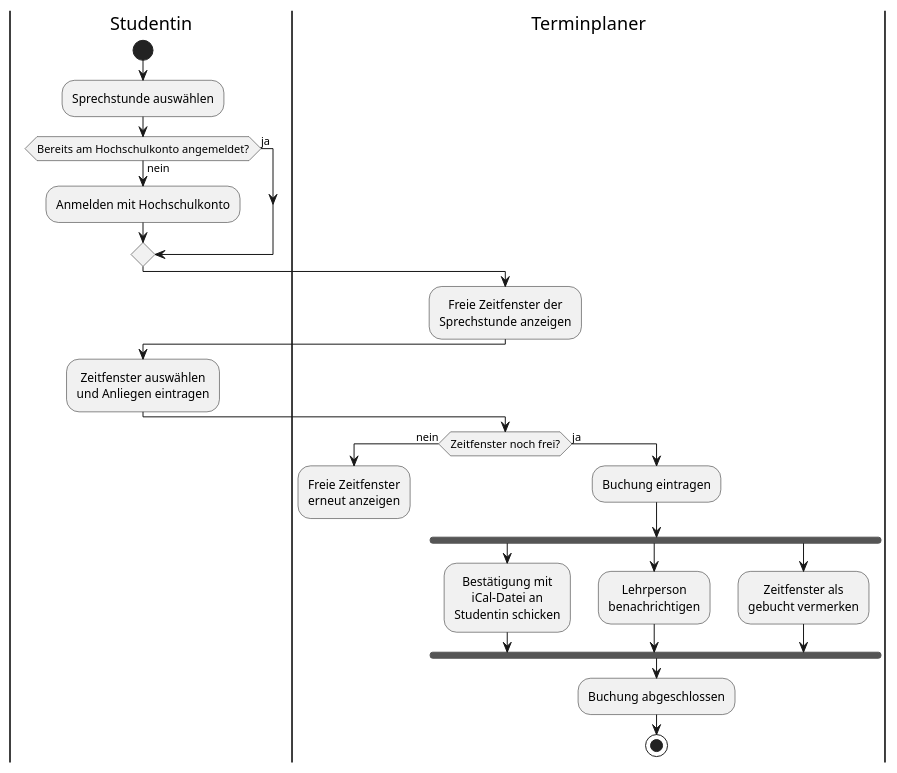
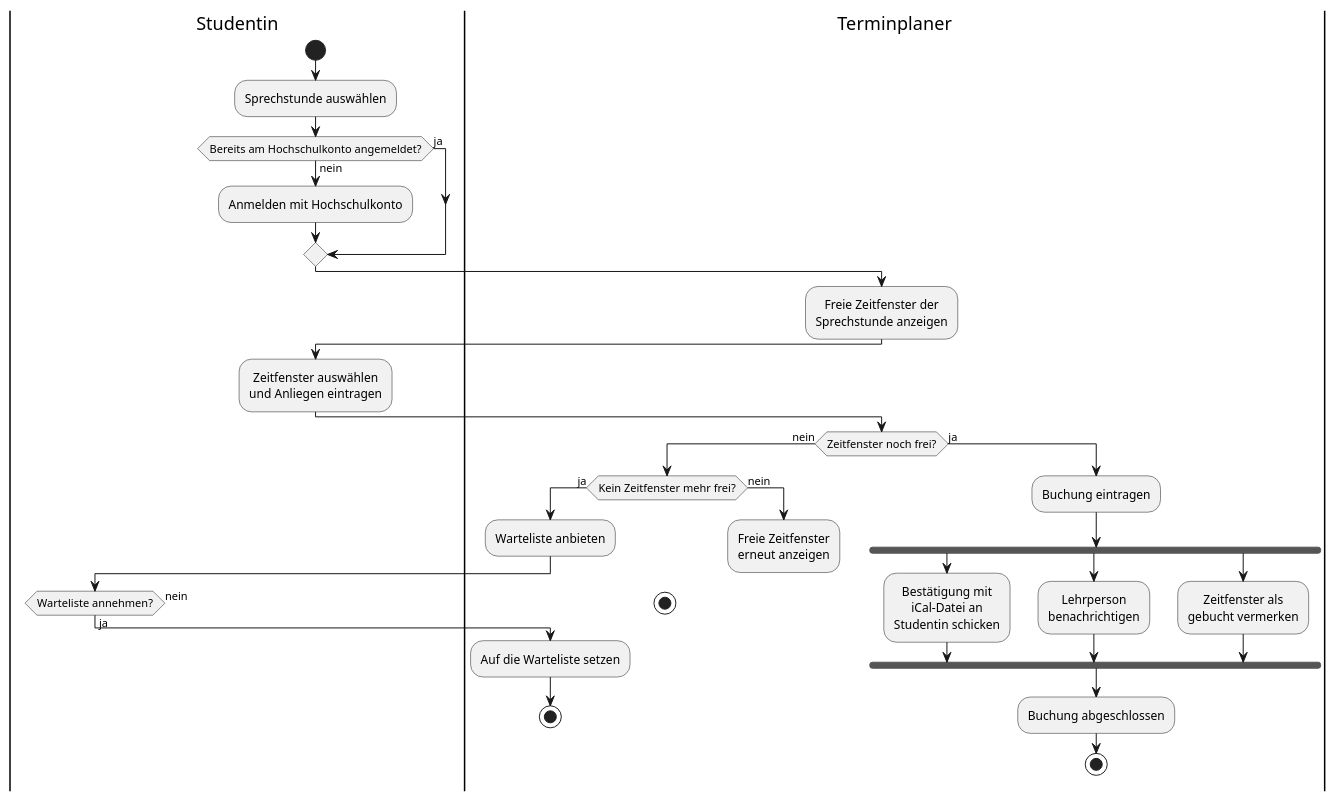
One commit to IceSand296/thm_wk-1208_softwaretechnik-uebungen changed the diagram in ue06/icesand296/aktivitaet.puml. Above: the diagram before and after it, drawn with PlantUML. The commit also changed 1 other file, not shown here.

Commit message:
Warteliste im Aktivitätsdiagramm für icesand296 ergänzen

```diff
--- a/ue06/icesand296/aktivitaet.puml
+++ b/ue06/icesand296/aktivitaet.puml
@@ -1,35 +1,49 @@
 @startuml
 skinparam defaultTextAlignment center
 
 |Studentin|
 start
 :Sprechstunde auswählen;
 if (Bereits am Hochschulkonto angemeldet?) then (nein)
   :Anmelden mit Hochschulkonto;
 else (ja)
 endif
 
 |Terminplaner|
 :Freie Zeitfenster der\nSprechstunde anzeigen;
 
 |Studentin|
 :Zeitfenster auswählen\nund Anliegen eintragen;
 
 |Terminplaner|
 if (Zeitfenster noch frei?) then (nein)
-  :Freie Zeitfenster\nerneut anzeigen;
-  detach
+  if (Kein Zeitfenster mehr frei?) then (ja)
+    |Terminplaner|
+    :Warteliste anbieten;
+    |Studentin|
+    if (Warteliste annehmen?) then (ja)
+      |Terminplaner|
+      :Auf die Warteliste setzen;
+      stop
+    else (nein)
+      stop
+    endif
+  else (nein)
+    |Terminplaner|
+    :Freie Zeitfenster\nerneut anzeigen;
+    detach
+  endif
 else (ja)
   :Buchung eintragen;
   fork
     :Bestätigung mit\niCal-Datei an\nStudentin schicken;
   fork again
     :Lehrperson\nbenachrichtigen;
   fork again
     :Zeitfenster als\ngebucht vermerken;
   end fork
   :Buchung abgeschlossen;
   stop
 endif
 
 @enduml
```
